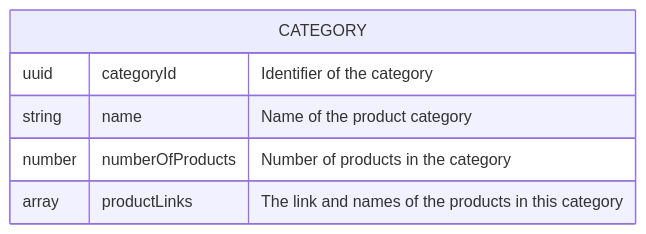
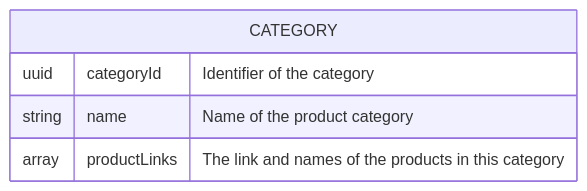
The second of 5 diagrams in discovery.md (ikenna/AcmePetSupplies), drawn with Mermaid before and after one commit. The commit also changed 1 other file, not shown here.

Commit message:
Removing ProductCategoryLinks and ProductLinks

````diff
--- a/discovery.md
+++ b/discovery.md
@@ -66,9 +66,8 @@
 ```mermaid
 erDiagram  
   CATEGORY {
     uuid categoryId "Identifier of the category"
     string name "Name of the product category"
-    number numberOfProducts "Number of products in the category"
     array productLinks "The link and names of the products in this category"
   }
 ```
````
